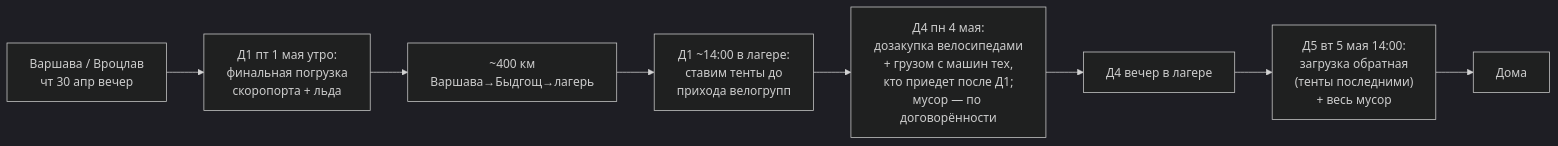
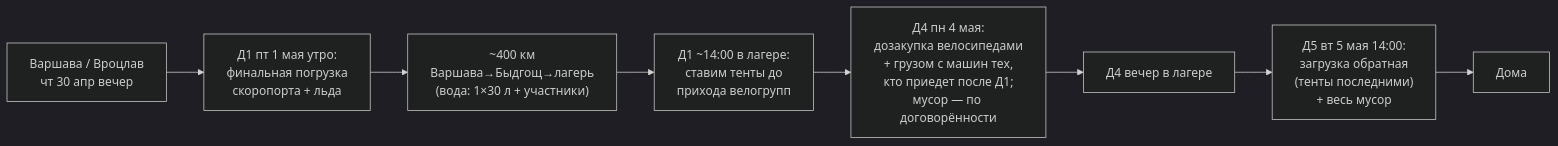
One commit to beetzung/tour_de_bory_2026 changed the diagram in logistics.md. Above: the diagram before and after it, drawn with Mermaid (dark theme). The commit also changed other lines of this file and 7 other files, not shown here.

````diff
--- a/logistics.md
+++ b/logistics.md
@@ -30,10 +30,10 @@
 ```mermaid
 flowchart LR
     Start["Варшава / Вроцлав<br/>чт 30 апр вечер"] --> Load1["Д1 пт 1 мая утро:<br/>финальная погрузка<br/>скоропорта + льда"]
-    Load1 --> Drive1["~400 км<br/>Варшава→Быдгощ→лагерь"]
+    Load1 --> Drive1["~400 км<br/>Варшава→Быдгощ→лагерь<br/>(вода: 1×30 л + участники)"]
     Drive1 --> Camp1["Д1 ~14:00 в лагере:<br/>ставим тенты до<br/>прихода велогрупп"]
     Camp1 --> City1["Д4 пн 4 мая:<br/>дозакупка велосипедами<br/>+ грузом с машин тех,<br/>кто приедет после Д1;<br/>мусор — по договорённости"]
     City1 --> Camp2["Д4 вечер в лагере"]
     Camp2 --> Final["Д5 вт 5 мая 14:00:<br/>загрузка обратная<br/>(тенты последними)<br/>+ весь мусор"]
     Final --> End["Дома"]
 ```
````
